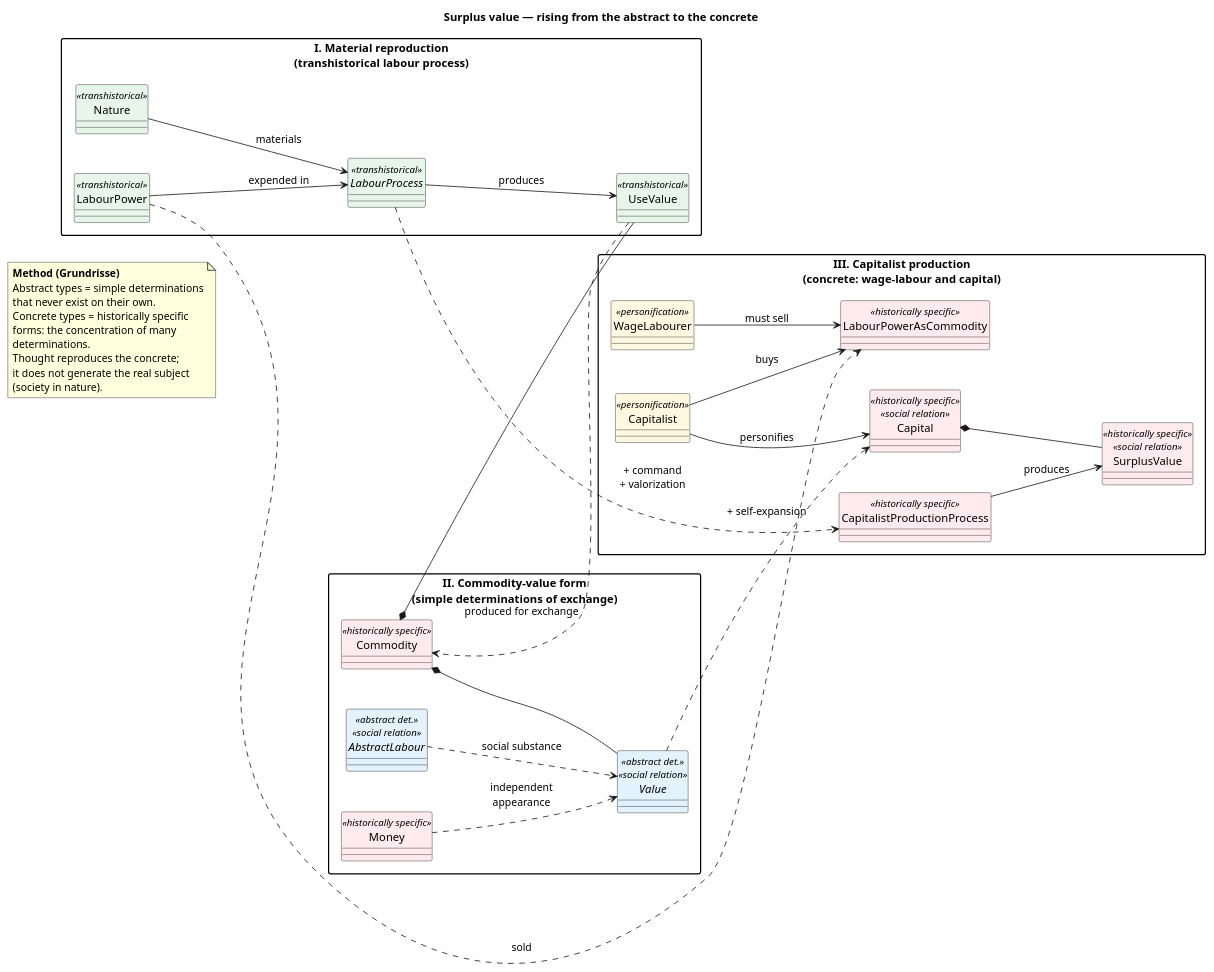
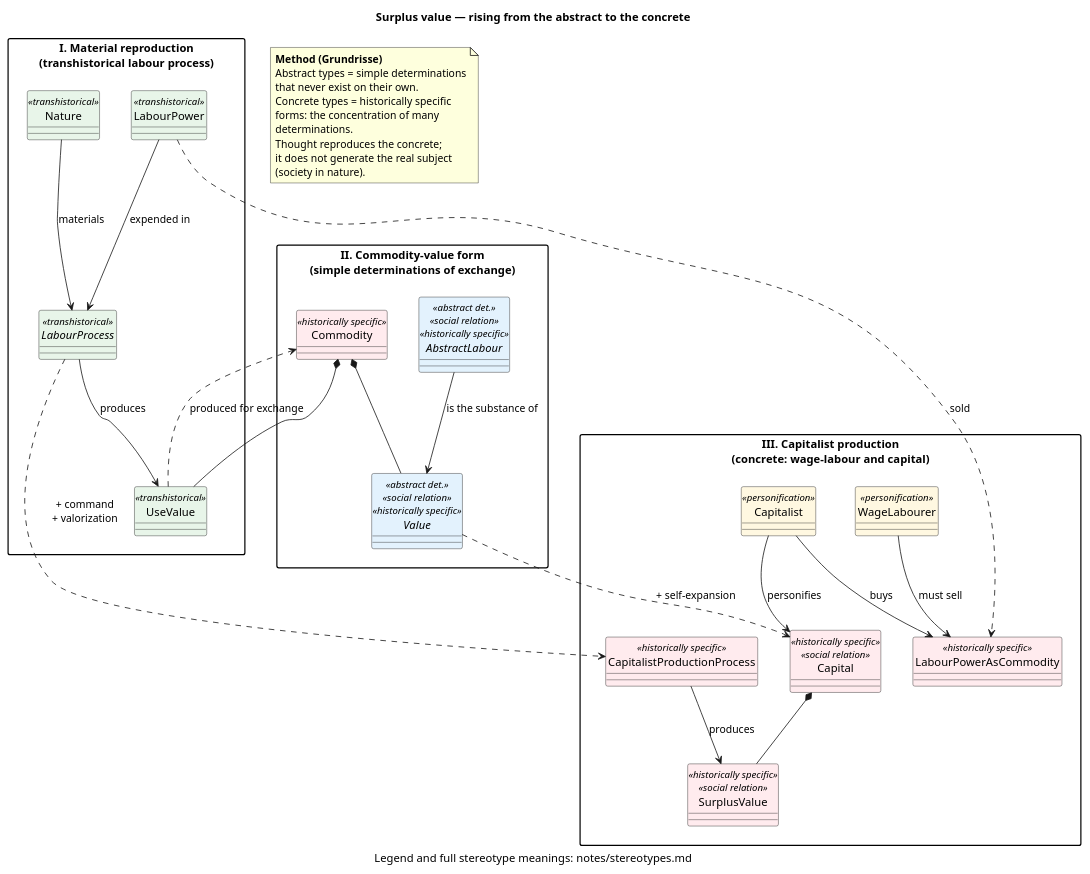
Before and after one commit to davot/wagism: the first of 4 diagrams in models/surplus-value.puml, drawn with PlantUML. The commit also changed other lines of this file and 1 other file, not shown here.

First line of the commit message:
Refactor: fix duplicate arrow, close stereotype gap, clean overview layout

```diff
--- a/models/surplus-value.puml
+++ b/models/surplus-value.puml
@@ -12,73 +23,78 @@
 @startuml surplus-value-overview
 title Surplus value — rising from the abstract to the concrete
+caption Legend and full stereotype meanings: notes/stereotypes.md
 
 hide circle
 skinparam shadowing false
 skinparam classAttributeIconSize 0
 skinparam packageStyle rectangle
-skinparam ranksep 80
-skinparam nodesep 50
+skinparam ranksep 70
+skinparam nodesep 40
 skinparam class {
   BackgroundColor<<transhistorical>> #E8F5E9
   BackgroundColor<<abstract det.>> #E3F2FD
   BackgroundColor<<social relation>> #EDE7F6
   BackgroundColor<<historically specific>> #FFEBEE
   BackgroundColor<<personification>> #FFF8E1
 }
-
-left to right direction
 
 package "I. Material reproduction\n(transhistorical labour process)" as P1 {
   class Nature <<transhistorical>>
   abstract class LabourProcess <<transhistorical>>
   class UseValue <<transhistorical>>
   class LabourPower <<transhistorical>>
 }
 
 package "II. Commodity-value form\n(simple determinations of exchange)" as P2 {
-  abstract class AbstractLabour <<abstract det.>> <<social relation>>
-  abstract class Value <<abstract det.>> <<social relation>>
+  abstract class AbstractLabour <<abstract det.>> <<social relation>> <<historically specific>>
+  abstract class Value <<abstract det.>> <<social relation>> <<historically specific>>
   class Commodity <<historically specific>>
-  class Money <<historically specific>>
 }
 
 package "III. Capitalist production\n(concrete: wage-labour and capital)" as P3 {
   class WageLabourer <<personification>>
   class Capitalist <<personification>>
   class LabourPowerAsCommodity <<historically specific>>
   class Capital <<historically specific>> <<social relation>>
   class CapitalistProductionProcess <<historically specific>>
   class SurplusValue <<historically specific>> <<social relation>>
 }
 
+' Force P1 and P2 onto the same rank, with P3 as the sink below both.
+' This keeps the two long cross-package hops (P1->P3, P2->P3) running
+' downward in parallel instead of arcing through or around P2's box.
+P1 -[hidden]right-> P2
+P1 -[hidden]down-> P3
+P2 -[hidden]down-> P3
+
 Nature --> LabourProcess : materials
 LabourPower --> LabourProcess : expended in
 LabourProcess --> UseValue : produces
 
 UseValue ..> Commodity : produced for exchange
+AbstractLabour --> Value : is the substance of
+Commodity *-- UseValue
+Commodity *-- Value
+
 LabourPower ..> LabourPowerAsCommodity : sold
 LabourProcess ..> CapitalistProductionProcess : + command\n+ valorization
-AbstractLabour ..> Value : social substance
 Value ..> Capital : + self-expansion
-Commodity *-- UseValue
-Commodity *-- Value
-Money ..> Value : independent\nappearance
 WageLabourer --> LabourPowerAsCommodity : must sell
 Capitalist --> LabourPowerAsCommodity : buys
 Capitalist --> Capital : personifies
 CapitalistProductionProcess --> SurplusValue : produces
 Capital *-- SurplusValue
 
 note as NMethod
   **Method (Grundrisse)**
   Abstract types = simple determinations
   that never exist on their own.
   Concrete types = historically specific
   forms: the concentration of many
   determinations.
   Thought reproduces the concrete;
   it does not generate the real subject
   (society in nature).
 end note
 
 @enduml
```
